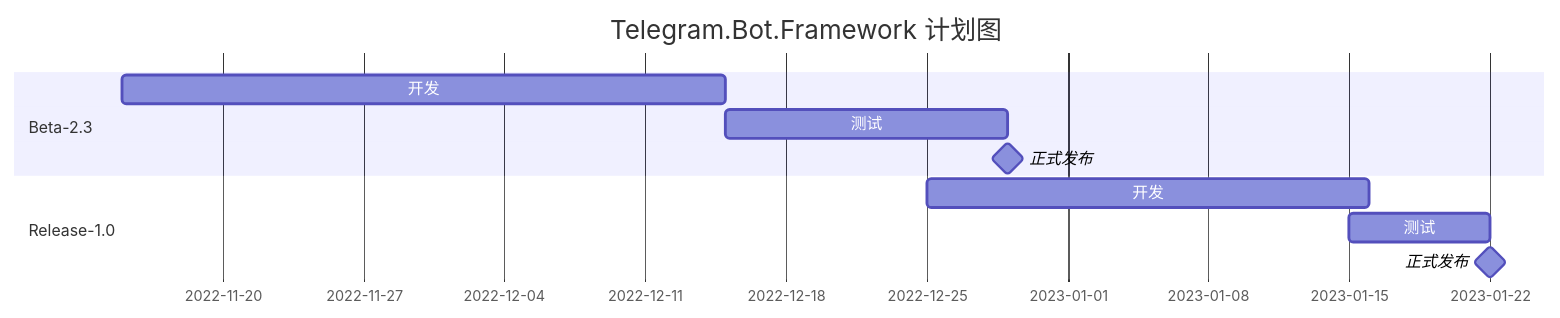
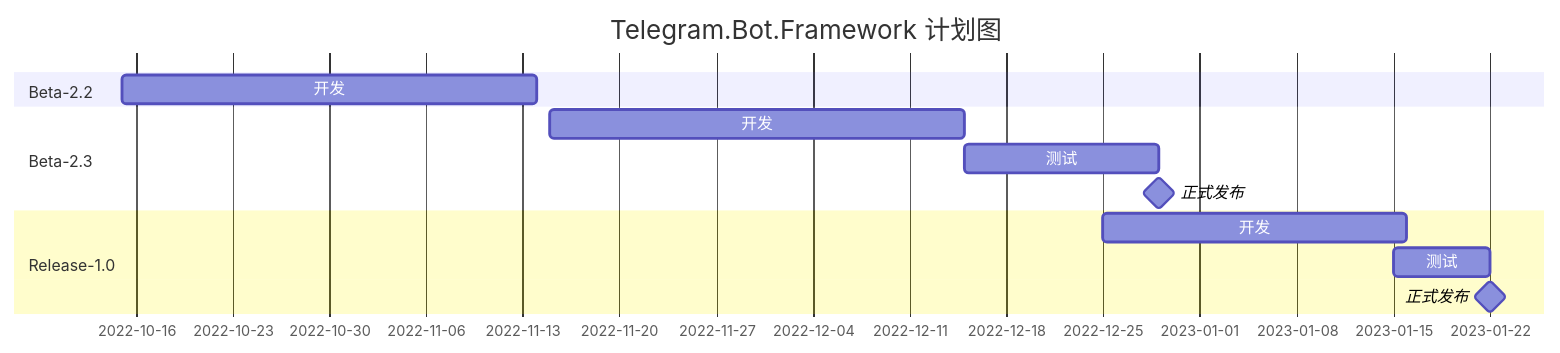
Before and after one commit to Azumo-Lab/Azumo.Telegram.Bot.Framework: the diagram in README.md, drawn with Mermaid.

````diff
--- a/README.md
+++ b/README.md
@@ -3,13 +3,15 @@
 ```mermaid
 gantt
     title Telegram.Bot.Framework 计划图
     dateFormat  YYYY-MM-DD
+    section Beta-2.2
+    开发  :2022-10-15, 30d
     section Beta-2.3
     开发  :2022-11-15, 30d
     测试  :14d
     正式发布:milestone, 0d
     section Release-1.0
     开发  :2022-12-25, 22d
     测试  :2023-01-15, 7d
     正式发布:milestone, 2023-01-22, 0d
 ```
````
